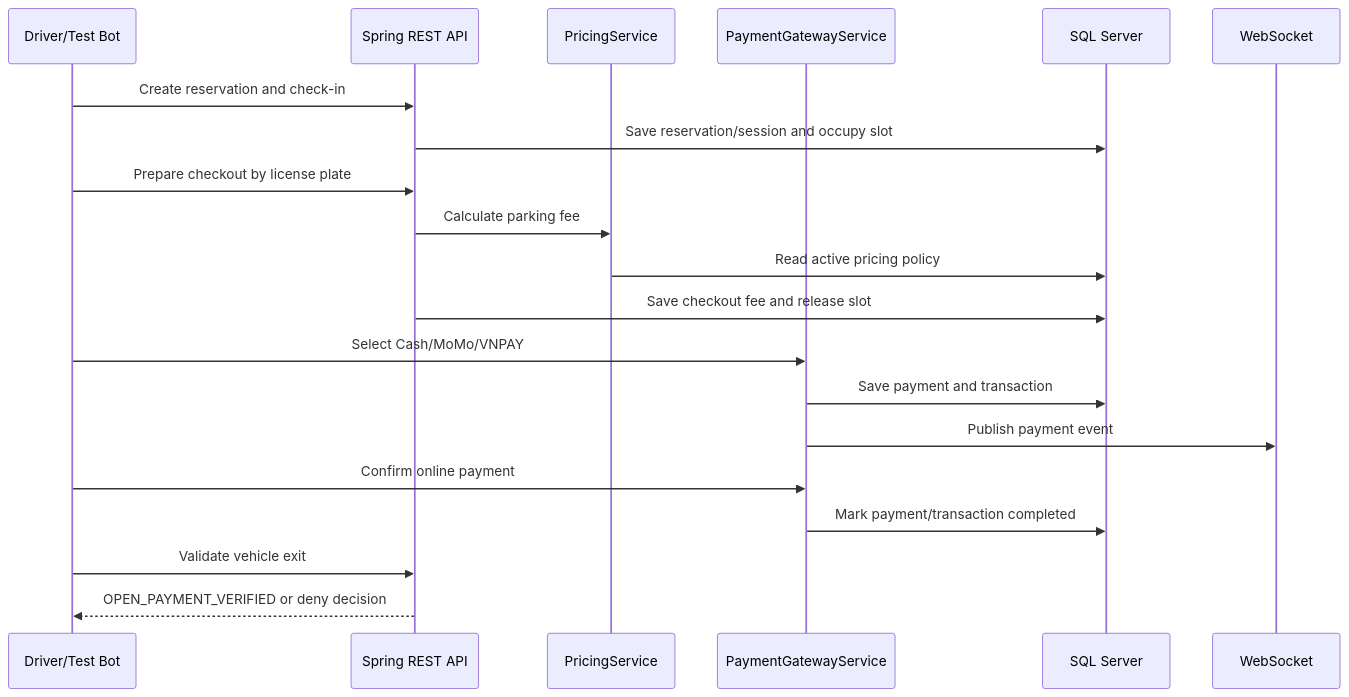
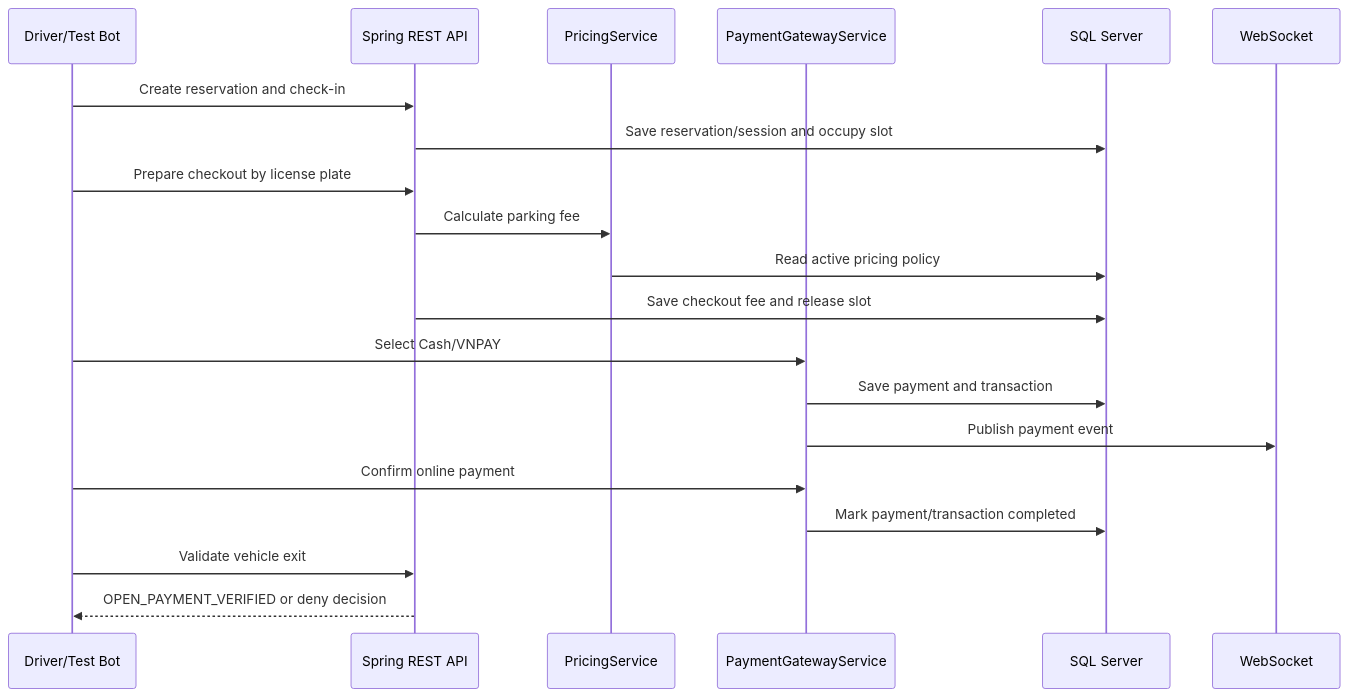
The second of 2 diagrams in README.md (Pinash124/Parking_slot), drawn with Mermaid before and after one commit. The commit also changed other lines of this file and 31 other files, not shown here.

````diff
--- a/README.md
+++ b/README.md
@@ -503,23 +502,23 @@
 ```mermaid
 sequenceDiagram
     participant User as Driver/Test Bot
     participant API as Spring REST API
     participant Pricing as PricingService
     participant Gateway as PaymentGatewayService
     participant DB as SQL Server
     participant WS as WebSocket
 
     User->>API: Create reservation and check-in
     API->>DB: Save reservation/session and occupy slot
     User->>API: Prepare checkout by license plate
     API->>Pricing: Calculate parking fee
     Pricing->>DB: Read active pricing policy
     API->>DB: Save checkout fee and release slot
-    User->>Gateway: Select Cash/MoMo/VNPAY
+    User->>Gateway: Select Cash/VNPAY
     Gateway->>DB: Save payment and transaction
     Gateway->>WS: Publish payment event
     User->>Gateway: Confirm online payment
     Gateway->>DB: Mark payment/transaction completed
     User->>API: Validate vehicle exit
     API-->>User: OPEN_PAYMENT_VERIFIED or deny decision
 ```
````
